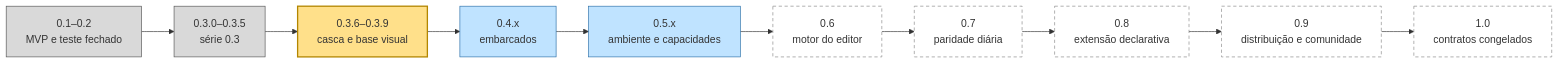
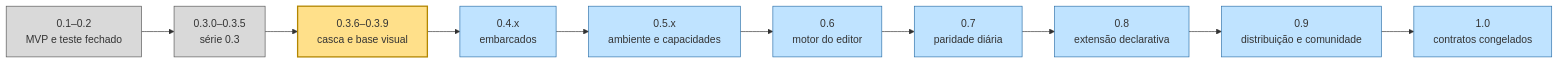
One commit to ViktorWalde/KineinVectis changed the diagram in DocsPublic/roadmaps/57-mapa-de-versoes-ate-a-1.0.md. Above: the diagram before and after it, drawn with Mermaid. The commit also changed other lines of this file and 10 other files, not shown here.

````diff
--- a/DocsPublic/roadmaps/57-mapa-de-versoes-ate-a-1.0.md
+++ b/DocsPublic/roadmaps/57-mapa-de-versoes-ate-a-1.0.md
@@ -25,16 +27,16 @@
 ```mermaid
 flowchart LR
   v02["0.1–0.2<br/>MVP e teste fechado"]:::done --> v03["0.3.0–0.3.5<br/>série 0.3"]:::done
   v03 --> v036["0.3.6–0.3.9<br/>casca e base visual"]:::now
   v036 --> v04["0.4.x<br/>embarcados"]:::planned
   v04 --> v05["0.5.x<br/>ambiente e capacidades"]:::planned
-  v05 --> v06["0.6<br/>motor do editor"]:::proposed
-  v06 --> v07["0.7<br/>paridade diária"]:::proposed
-  v07 --> v08["0.8<br/>extensão declarativa"]:::proposed
-  v08 --> v09["0.9<br/>distribuição e comunidade"]:::proposed
-  v09 --> v10["1.0<br/>contratos congelados"]:::proposed
+  v05 --> v06["0.6<br/>motor do editor"]:::planned
+  v06 --> v07["0.7<br/>paridade diária"]:::planned
+  v07 --> v08["0.8<br/>extensão declarativa"]:::planned
+  v08 --> v09["0.9<br/>distribuição e comunidade"]:::planned
+  v09 --> v10["1.0<br/>contratos congelados"]:::planned
   classDef done fill:#d9d9d9,stroke:#555
   classDef now fill:#ffe08a,stroke:#b38600,stroke-width:2px
   classDef planned fill:#bfe3ff,stroke:#2a6fa8
   classDef proposed fill:#ffffff,stroke:#888,stroke-dasharray:5 4
 ```
````
